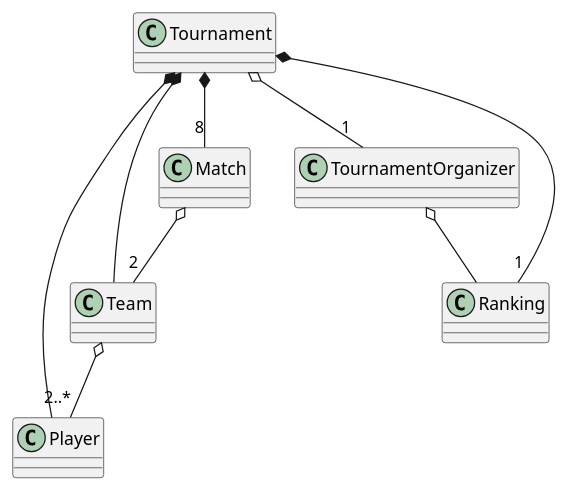
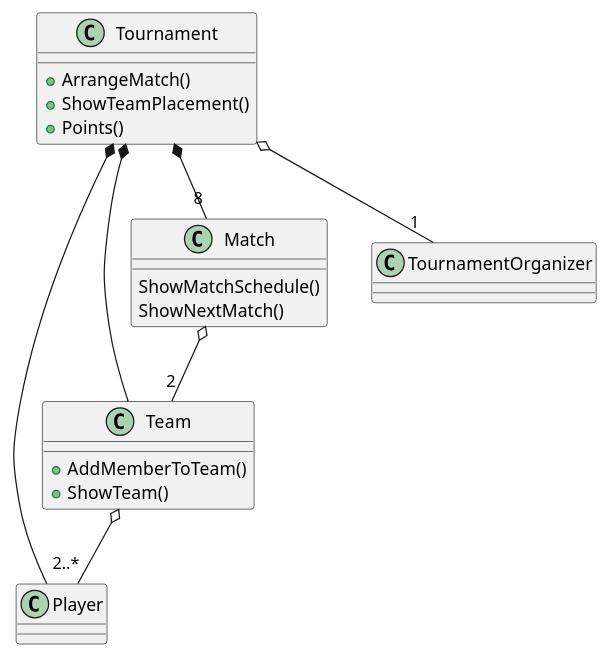
The diagram in doc/Class.puml (DeRp-DaWg/SP3), drawn with PlantUML before and after one commit.

```diff
--- a/doc/Class.puml
+++ b/doc/Class.puml
@@ -1,32 +1,34 @@
 @startuml
 'https://plantuml.com/class-diagram
 
 
 class Player {
 }
 
 class Team {
++AddMemberToTeam()
++ShowTeam()
 }
 
 class Match {
+ShowMatchSchedule()
+ShowNextMatch()
 }
 
 class Tournament {
++ArrangeMatch()
++ShowTeamPlacement()
++Points()
 }
 
 class TournamentOrganizer {
-}
-
-class Ranking {
 }
 
 Tournament o-- "1" TournamentOrganizer
 Tournament *-- "8" Match
 Tournament *-- Player
 Tournament *-- Team
-Tournament *-- "1" Ranking
 Match o-- "2" Team
 Team o-- "2..*" Player
-TournamentOrganizer o-- Ranking
 
 @enduml
```
